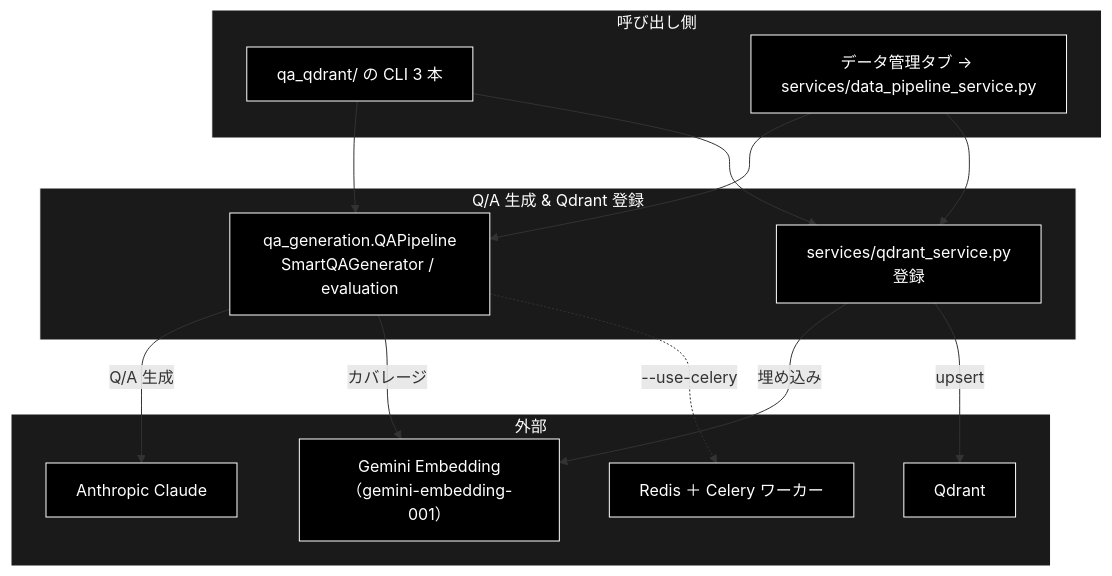
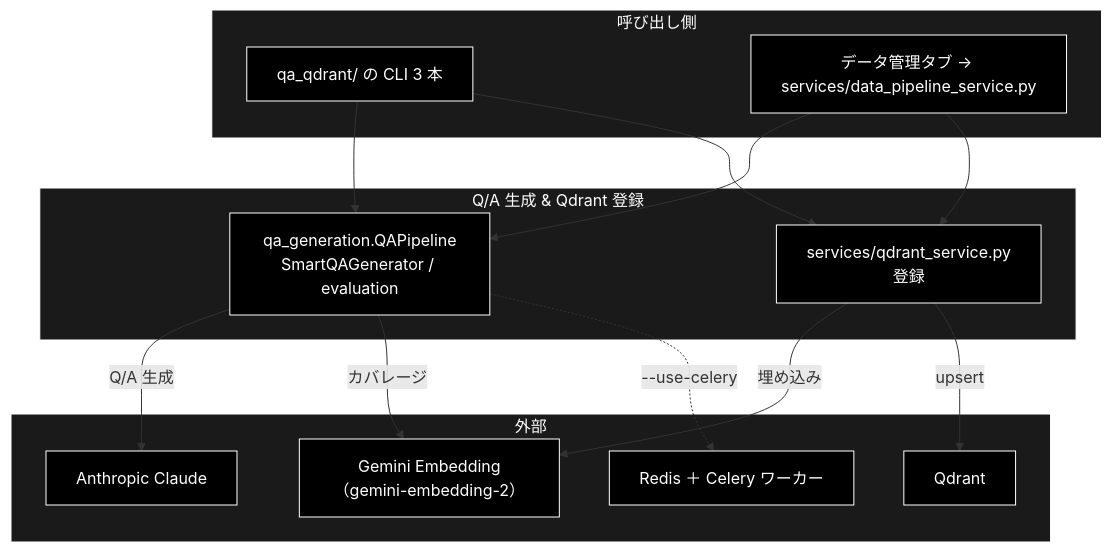
One commit to nakashima2toshio/grace_v2 changed the diagram in qa_qdrant/docs/qa_qdrant_architecture.md. Above: the diagram before and after it, drawn with Mermaid. The commit also changed other lines of this file and 45 other files, not shown here.

First line of the commit message:
docs: 現在の Embedding の記述を gemini-embedding-2 へ是正（約 40 文書）

````diff
--- a/qa_qdrant/docs/qa_qdrant_architecture.md
+++ b/qa_qdrant/docs/qa_qdrant_architecture.md
@@ -50,32 +50,32 @@
 ```mermaid
 flowchart TB
     subgraph CALLER["呼び出し側"]
         CLI["qa_qdrant/ の CLI 3 本"]
         WEB["データ管理タブ → services/data_pipeline_service.py"]
     end
     subgraph TARGET["Q/A 生成 & Qdrant 登録"]
         PIPE["qa_generation.QAPipeline<br>SmartQAGenerator / evaluation"]
         REG["services/qdrant_service.py<br>登録"]
     end
     subgraph EXTERNAL["外部"]
         LLM["Anthropic Claude"]
-        EMB["Gemini Embedding（gemini-embedding-001）"]
+        EMB["Gemini Embedding（gemini-embedding-2）"]
         QD["Qdrant"]
         RD["Redis ＋ Celery ワーカー"]
     end
     CLI --> PIPE
     CLI --> REG
     WEB --> PIPE
     WEB --> REG
     PIPE -->|"Q/A 生成"| LLM
     PIPE -->|"カバレージ"| EMB
     PIPE -.->|"--use-celery"| RD
     REG -->|"埋め込み"| EMB
     REG -->|"upsert"| QD
 classDef default fill:#000,stroke:#fff,color:#fff
 classDef subgraphStyle fill:#1a1a1a,stroke:#fff,color:#fff
 class CLI,WEB,PIPE,REG,LLM,EMB,QD,RD default
 style CALLER fill:#1a1a1a,stroke:#fff,color:#fff
 style TARGET fill:#1a1a1a,stroke:#fff,color:#fff
 style EXTERNAL fill:#1a1a1a,stroke:#fff,color:#fff
 ```
````
